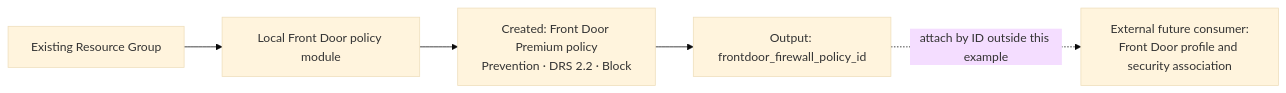
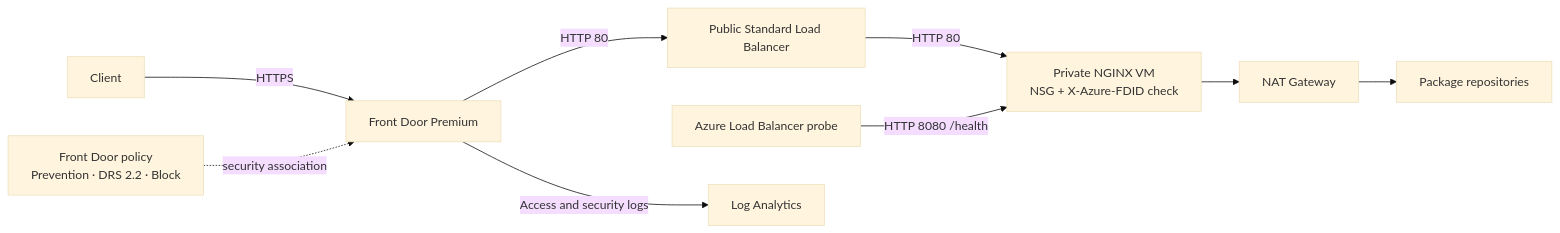
The diagram in examples/01_basic_prevention_policy/README.md (foggykitchen/terraform-az-fk-frontdoor-waf-policy), drawn with Mermaid (base theme) before and after one commit. The commit also changed other lines of this file and 18 other files, not shown here.

````diff
--- a/examples/01_basic_prevention_policy/README.md
+++ b/examples/01_basic_prevention_policy/README.md
@@ -13,10 +9,10 @@
 ```mermaid
 flowchart LR
-  RG["Existing Resource Group"]
-  M["Local Front Door policy module"]
-  P["Created: Front Door Premium policy<br/>Prevention · DRS 2.2 · Block"]
-  O["Output: frontdoor_firewall_policy_id"]
-  F["External future consumer:<br/>Front Door profile and security association"]
-  RG --> M --> P --> O
-  O -. "attach by ID outside this example" .-> F
+  C["Client"] -->|HTTPS| FD["Front Door Premium"]
+  P["Front Door policy<br/>Prevention · DRS 2.2 · Block"] -. "security association" .-> FD
+  FD -->|HTTP 80| LB["Public Standard Load Balancer"]
+  LB -->|HTTP 80| VM["Private NGINX VM<br/>NSG + X-Azure-FDID check"]
+  HP["Azure Load Balancer probe"] -->|HTTP 8080 /health| VM
+  VM --> NAT["NAT Gateway"] --> PKG["Package repositories"]
+  FD -->|Access and security logs| LOG["Log Analytics"]
 ```
````
